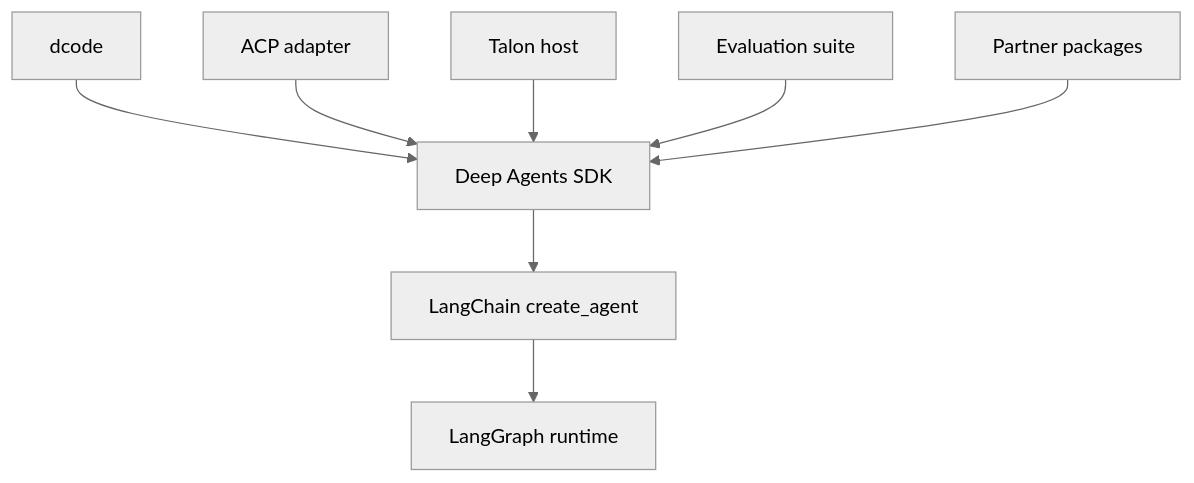
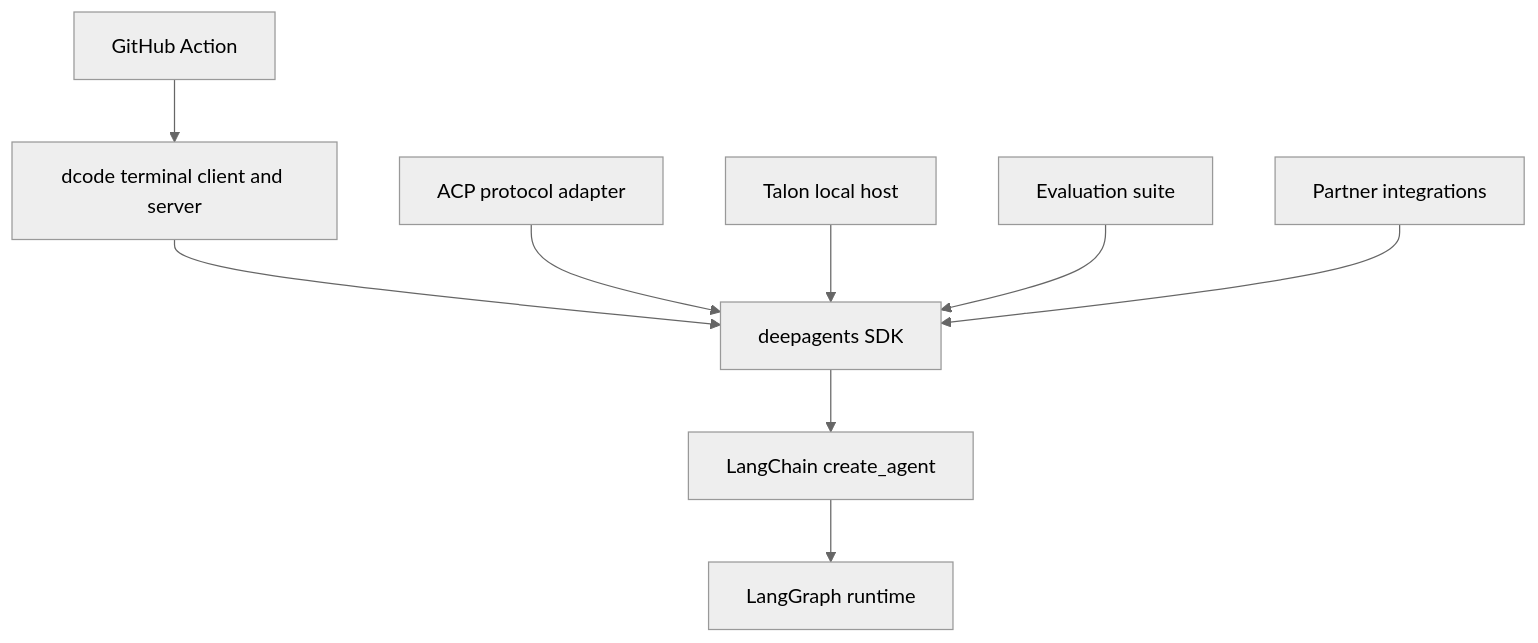
The diagram in openwiki/architecture/source-map.md (jkennedyvz/deepagents), drawn with Mermaid (neutral theme) before and after one commit. The commit also changed other lines of this file and 63 other files, not shown here.

````diff
--- a/openwiki/architecture/source-map.md
+++ b/openwiki/architecture/source-map.md
@@ -59,10 +69,11 @@
 ```mermaid
 flowchart TD
-    SDK["Deep Agents SDK"] --> LC["LangChain create_agent"]
+    SDK["deepagents SDK"] --> LC["LangChain create_agent"]
     LC --> LG["LangGraph runtime"]
-    Code["dcode"] --> SDK
-    ACP["ACP adapter"] --> SDK
-    Talon["Talon host"] --> SDK
+    Dcode["dcode terminal client and server"] --> SDK
+    ACP["ACP protocol adapter"] --> SDK
+    Talon["Talon local host"] --> SDK
     Evals["Evaluation suite"] --> SDK
-    Partners["Partner packages"] --> SDK
+    Partners["Partner integrations"] --> SDK
+    Action["GitHub Action"] --> Dcode
 ```
````
